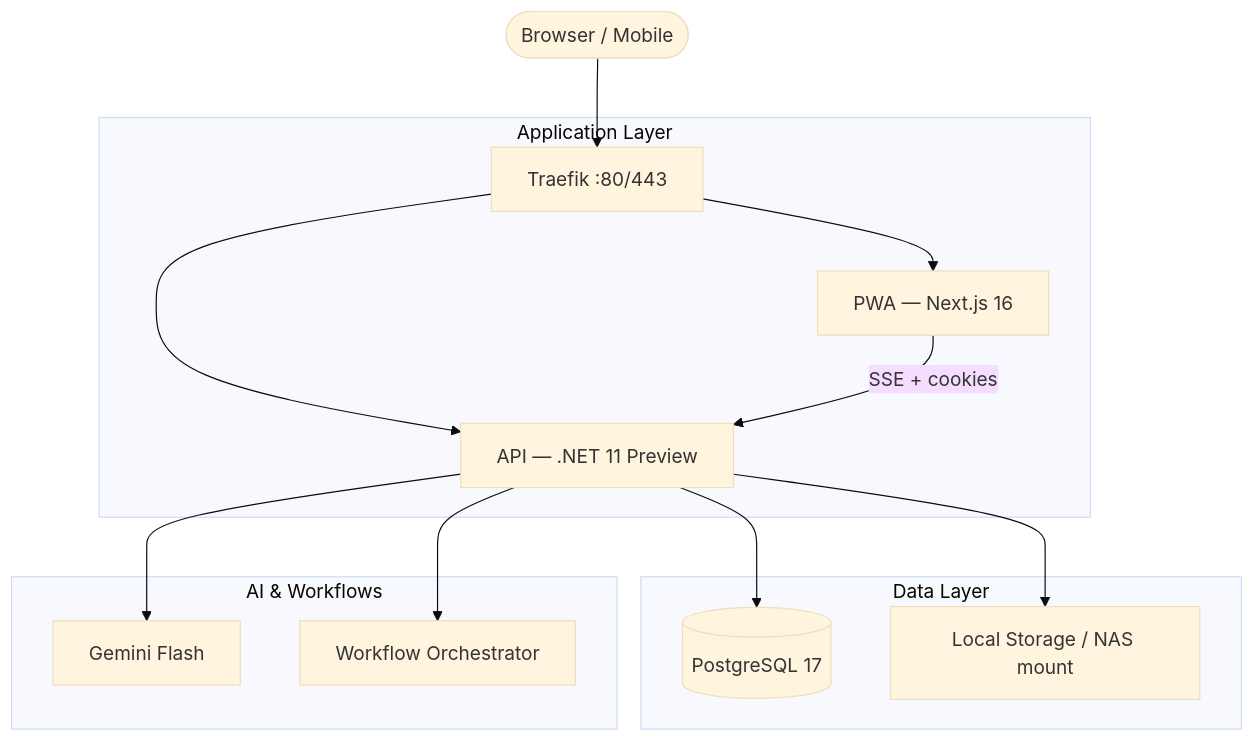
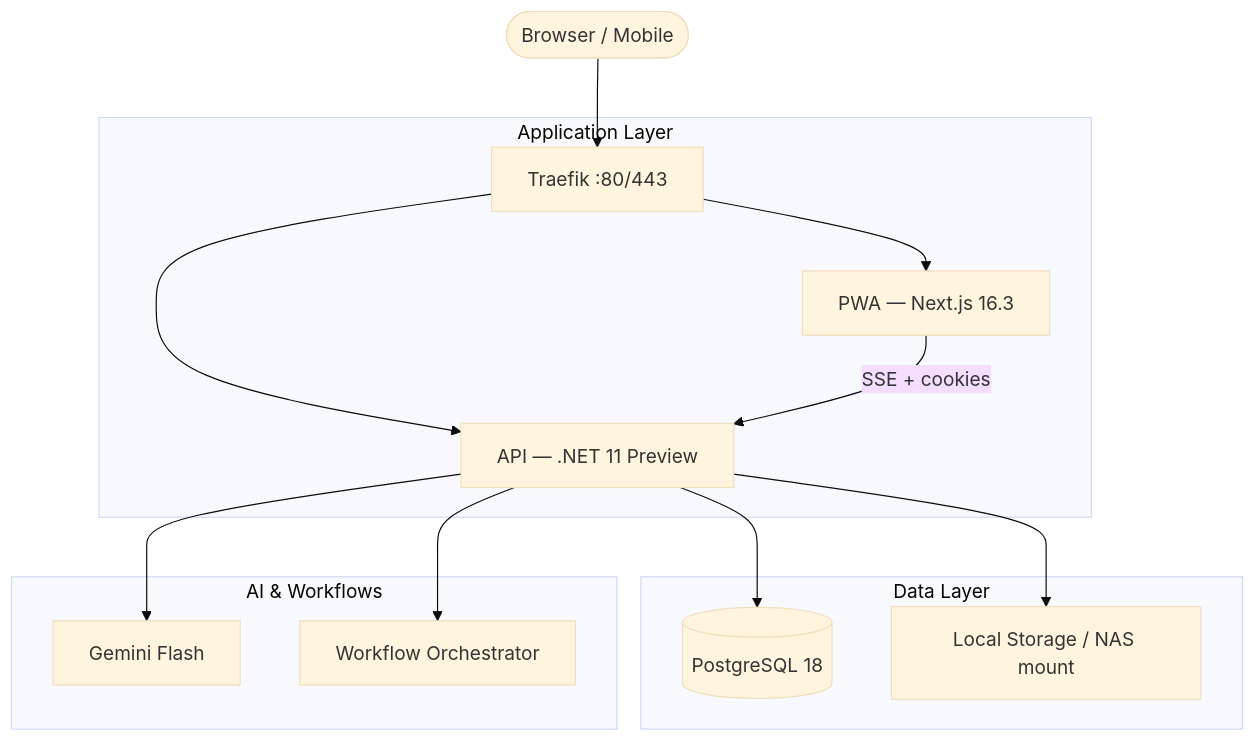
The diagram in README.md (AlexandreBrisebois/whats-for-supper), drawn with Mermaid (base theme) before and after one commit. The commit also changed other lines of this file and 4 other files, not shown here.

````diff
--- a/README.md
+++ b/README.md
@@ -64,21 +64,21 @@
 ```mermaid
 graph TD
     User([Browser / Mobile]) --> Traefik[Traefik :80/443]
 
     subgraph "Application Layer"
-        Traefik --> PWA[PWA — Next.js 16]
+        Traefik --> PWA[PWA — Next.js 16.3]
         Traefik --> API[API — .NET 11 Preview]
     end
 
     subgraph "Data Layer"
-        API --> DB[(PostgreSQL 17)]
+        API --> DB[(PostgreSQL 18)]
         API --> Storage[Local Storage / NAS mount]
     end
 
     subgraph "AI & Workflows"
         API --> Gemini[Gemini Flash]
         API --> Workflow[Workflow Orchestrator]
     end
 
     PWA -- SSE + cookies --> API
 ```
````
